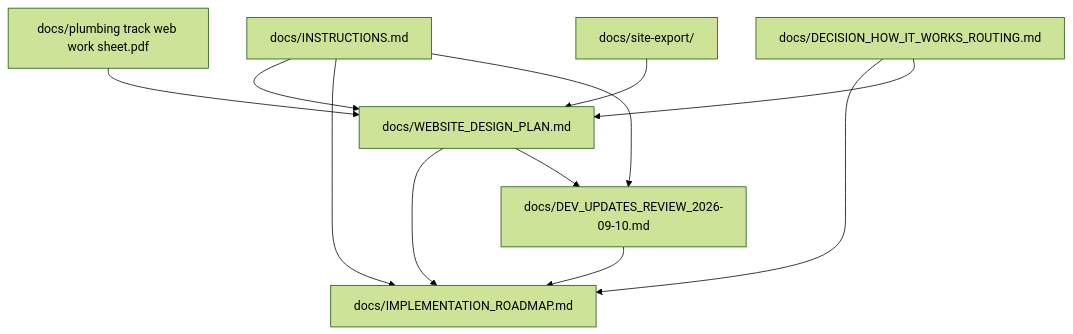
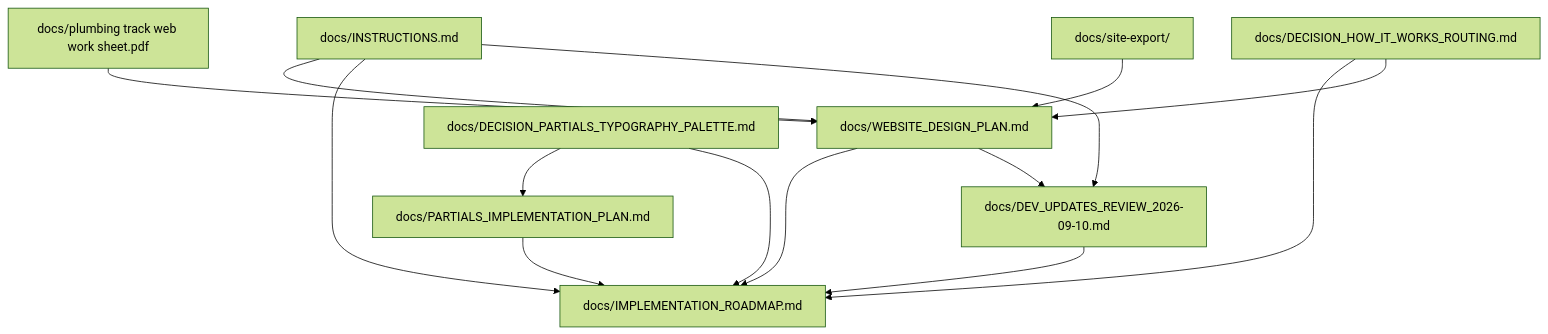
The diagram in docs/INDEX.md (seanbman/pt-site-updates), drawn with Mermaid (forest theme) before and after one commit. The commit also changed other lines of this file, not shown here.

Commit message:
docs: index partials migration decisions

````diff
--- a/docs/INDEX.md
+++ b/docs/INDEX.md
@@ -19,21 +21,26 @@
 ```mermaid
 flowchart TD
     I[docs/INSTRUCTIONS.md]
     D[docs/WEBSITE_DESIGN_PLAN.md]
     R[docs/IMPLEMENTATION_ROADMAP.md]
     V[docs/DEV_UPDATES_REVIEW_2026-09-10.md]
+    P[docs/PARTIALS_IMPLEMENTATION_PLAN.md]
+    PT[docs/DECISION_PARTIALS_TYPOGRAPHY_PALETTE.md]
     H[docs/DECISION_HOW_IT_WORKS_ROUTING.md]
     W[docs/plumbing track web work sheet.pdf]
     S[docs/site-export/]
 
     I --> D
     D --> R
     I --> R
     D --> V
     I --> V
     V --> R
+    PT --> P
+    PT --> R
+    P --> R
     H --> R
     H --> D
     W --> D
     S --> D
 ```
````
